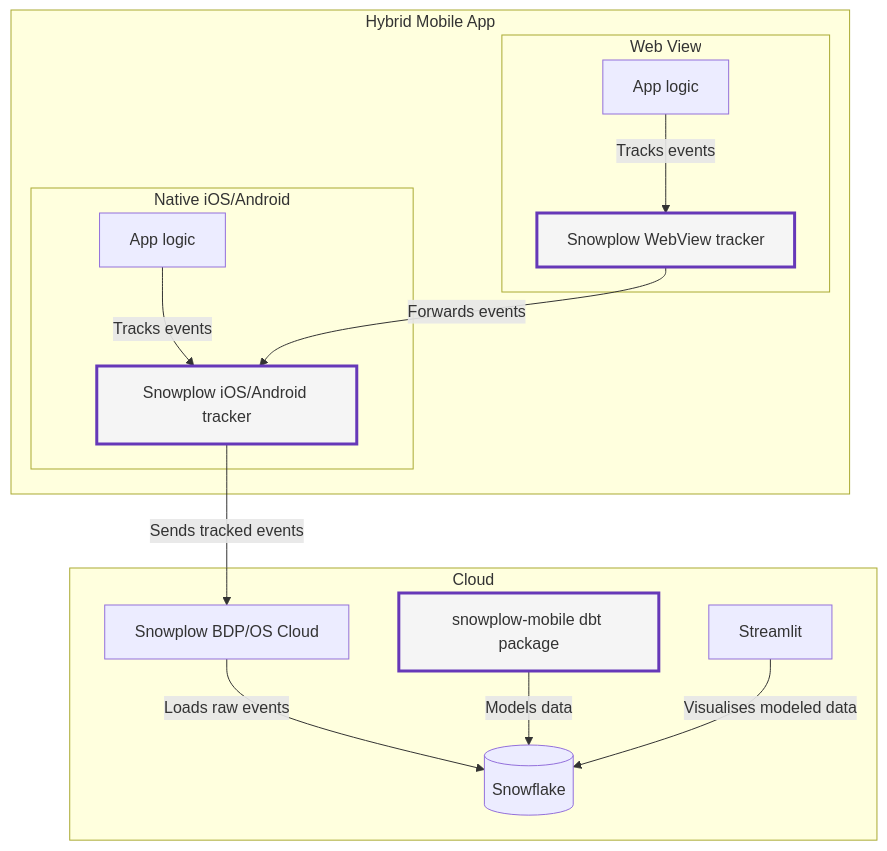
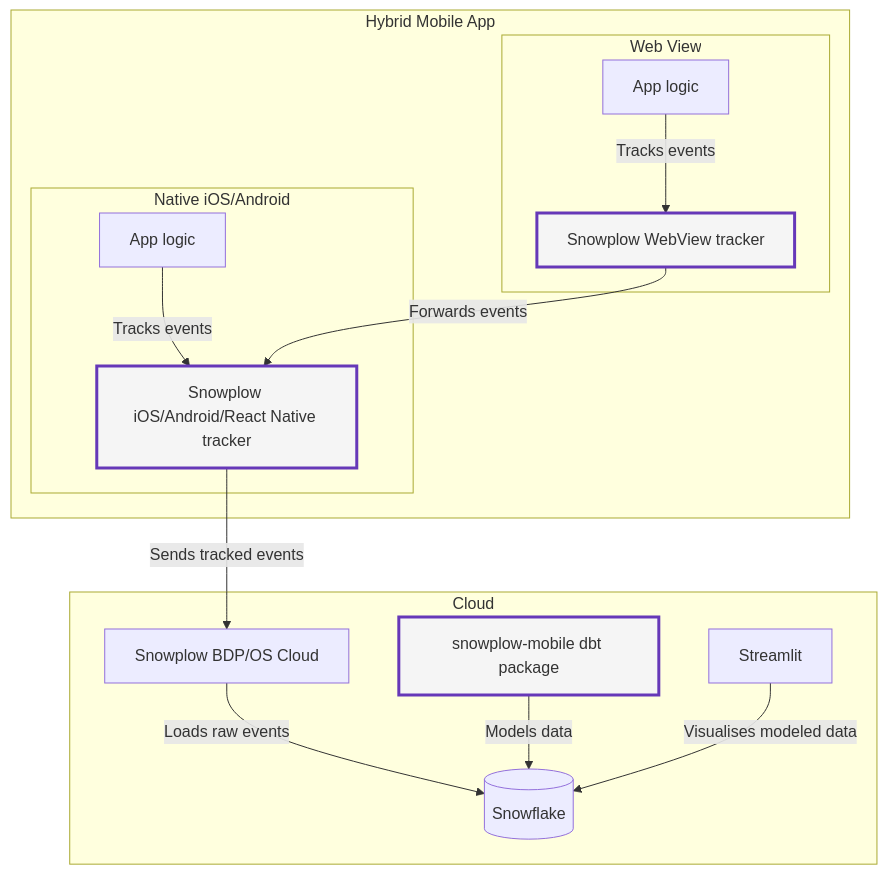
Before and after one commit to snowplow/mobile-hybrid-apps-accelerator: the first of 2 diagrams in content/_index.md, drawn with Mermaid. The commit also changed other lines of this file and 4 other files, not shown here.

First line of the commit message:
Add code snippets for React Native tracker

```diff
--- a/content/_index.md
+++ b/content/_index.md
@@ -41,45 +41,45 @@
 {{<mermaid>}}
 flowchart TB
 
 subgraph hybridApp[Hybrid Mobile App]
 
     subgraph webView[Web View]
         webViewCode[App logic]
         webViewTracker[Snowplow WebView tracker]
 
         webViewCode -- "Tracks events" --> webViewTracker
 
         style webViewTracker fill:#f5f5f5,stroke:#6638B8,stroke-width:3px
         click webViewTracker "https://github.com/snowplow-incubator/snowplow-webview-tracker" "Open tracker package" _blank
     end
 
     subgraph nativeCode[Native iOS/Android]
         nativeAppCode[App logic]
-        nativeTracker[Snowplow iOS/Android tracker]
+        nativeTracker[Snowplow iOS/Android/React Native tracker]
 
         nativeAppCode -- "Tracks events" --> nativeTracker
 
         style nativeTracker fill:#f5f5f5,stroke:#6638B8,stroke-width:3px
         click nativeTracker "https://docs.snowplow.io/docs/collecting-data/collecting-from-own-applications/mobile-trackers/installation-and-set-up/" "Open tracker docs" _blank
     end
 
     webViewTracker -- "Forwards events" --> nativeTracker
 end
 
 subgraph cloud[Cloud]
     snowplow[Snowplow BDP/OS Cloud]
     snowflake[(Snowflake)]
     dbt[snowplow-mobile dbt package]
     streamlit[Streamlit]
 
     snowplow -- "Loads raw events" --> snowflake
     dbt -- "Models data" --> snowflake
     streamlit -- "Visualises modeled data" --> snowflake
 
     style dbt fill:#f5f5f5,stroke:#6638B8,stroke-width:3px
     click dbt "https://docs.snowplowanalytics.com/docs/modeling-your-data/the-snowplow-mobile-data-model/dbt-mobile-data-model/" "Open dbt package" _blank
     click snowplow "https://snowplow.io/snowplow-bdp/" "Snowplow BDP" _blank
 end
 
 nativeTracker -- "Sends tracked events" --> snowplow
 {{</mermaid>}}
```
